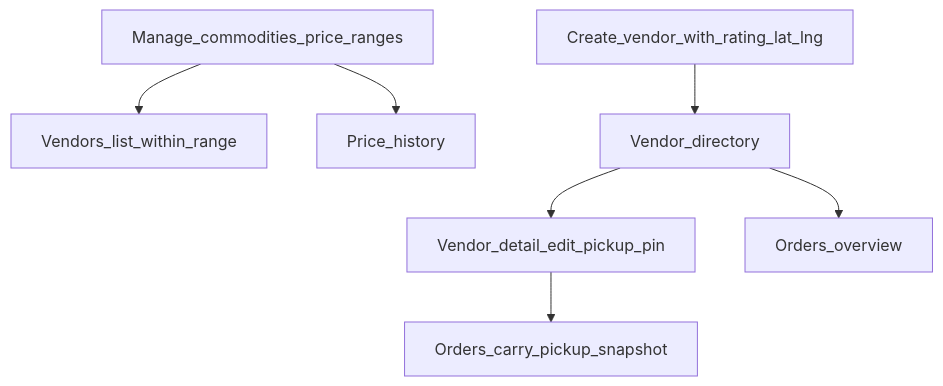
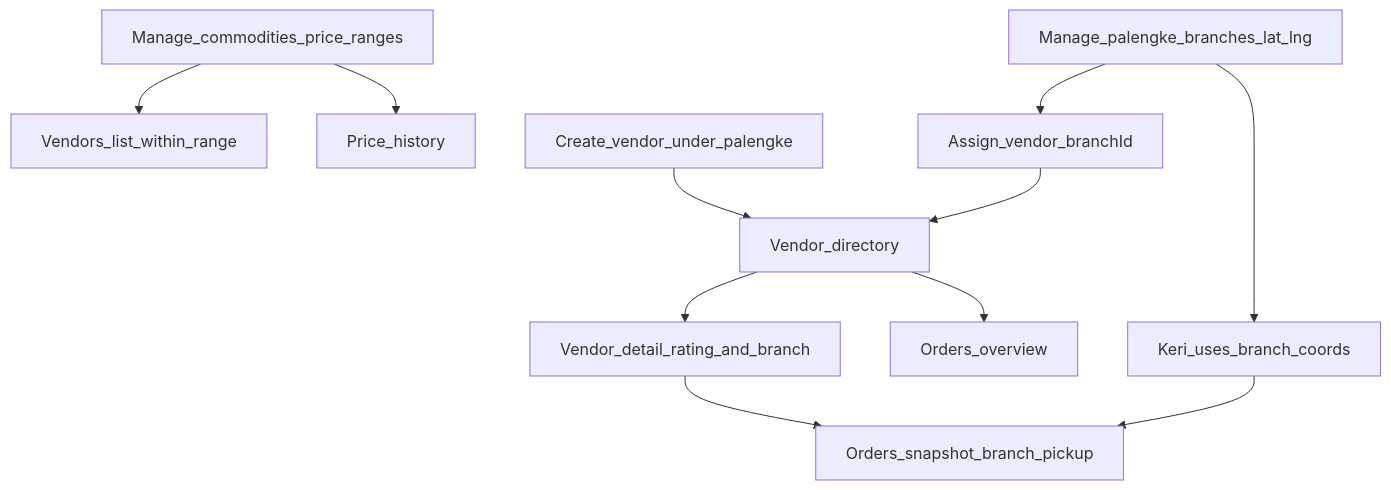
The third of 4 diagrams in docs/MODULE_FLOW_BRIEF.md (PhycxsV/paranaque-palengke), drawn with Mermaid before and after one commit. The commit also changed other lines of this file and 82 other files, not shown here.

Commit message:
Redesign customer and vendor portals with city logos, and add palengke branches with shared Keri tracking.

````diff
--- a/docs/MODULE_FLOW_BRIEF.md
+++ b/docs/MODULE_FLOW_BRIEF.md
@@ -162,9 +167,13 @@
 ```mermaid
 flowchart TD
   commodities[Manage_commodities_price_ranges] --> vendorsSell[Vendors_list_within_range]
-  createVendor[Create_vendor_with_rating_lat_lng] --> directory[Vendor_directory]
-  directory --> detail[Vendor_detail_edit_pickup_pin]
-  detail --> ordersSnap[Orders_carry_pickup_snapshot]
+  branches[Manage_palengke_branches_lat_lng] --> assign[Assign_vendor_branchId]
+  createVendor[Create_vendor_under_palengke] --> directory[Vendor_directory]
+  assign --> directory
+  directory --> detail[Vendor_detail_rating_and_branch]
+  branches --> pickup[Keri_uses_branch_coords]
+  detail --> ordersSnap[Orders_snapshot_branch_pickup]
+  pickup --> ordersSnap
   commodities --> priceHist[Price_history]
   directory --> ordersAdmin[Orders_overview]
 ```
````
